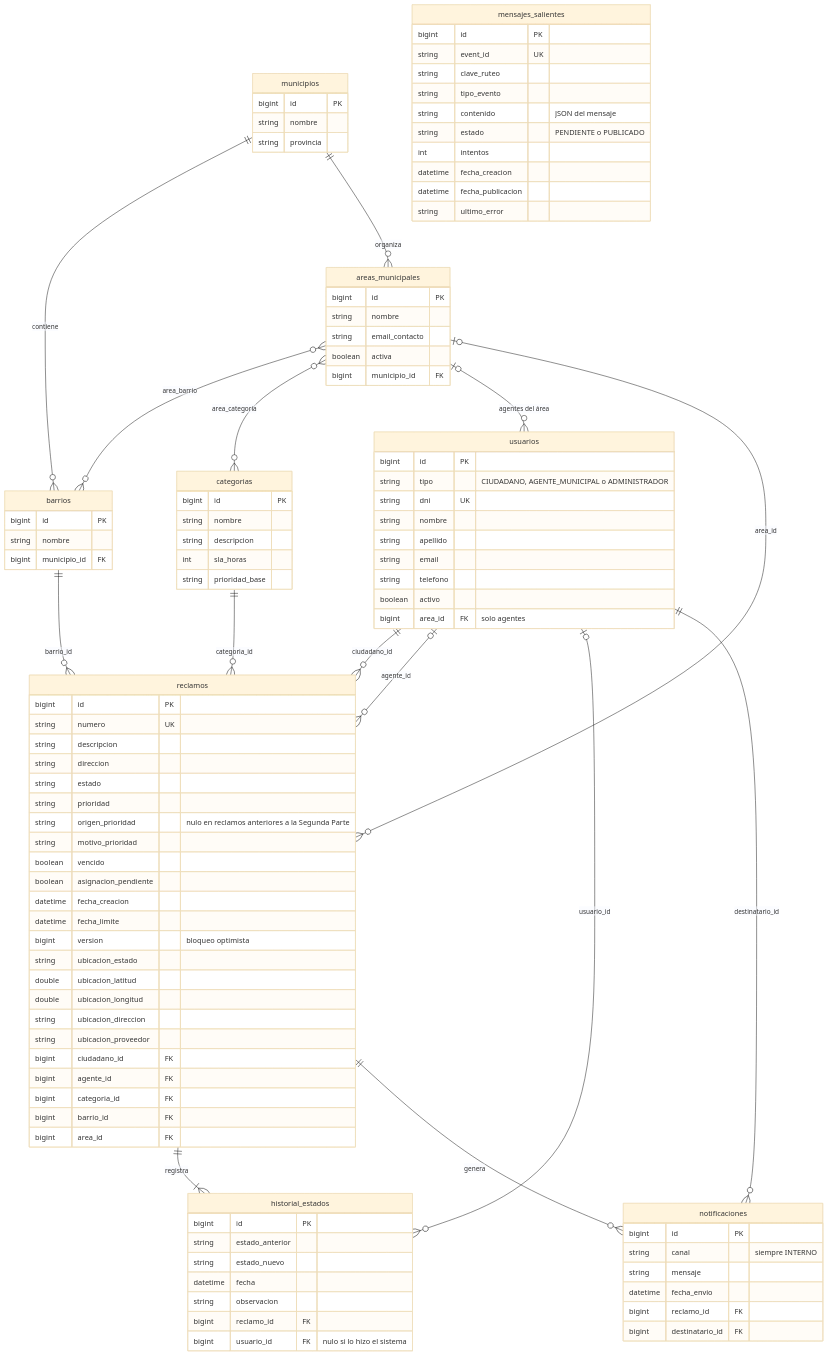
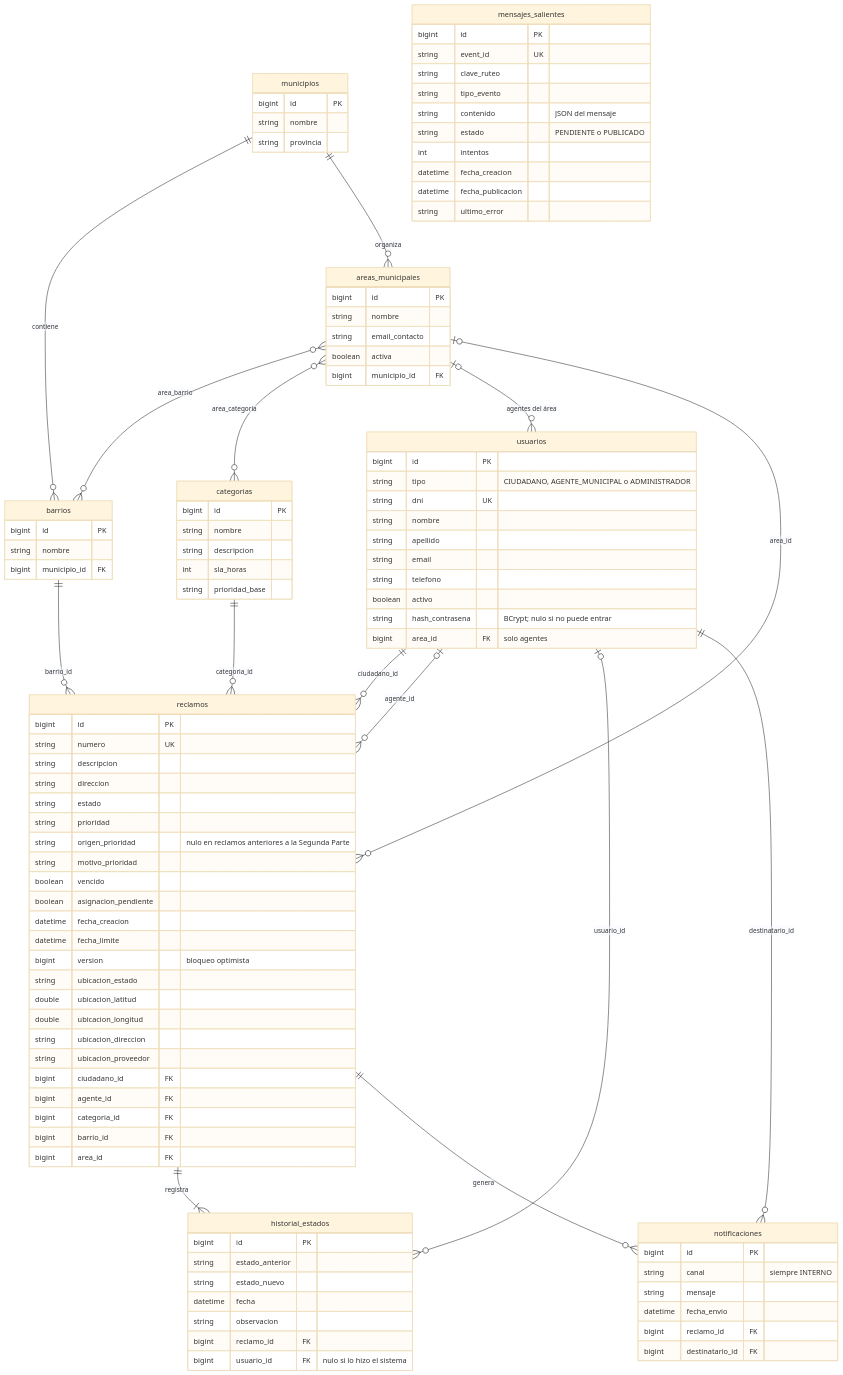
The second of 2 diagrams in docs/modelo-dominio.md (SanTegli/DesarrolloAppsIIGrupo10), drawn with Mermaid (base theme) before and after one commit. The commit also changed other lines of this file and 69 other files, not shown here.

```diff
--- a/docs/modelo-dominio.md
+++ b/docs/modelo-dominio.md
@@ -204,6 +208,7 @@
     string email
     string telefono
     boolean activo
+    string hash_contrasena "BCrypt; nulo si no puede entrar"
     bigint area_id FK "solo agentes"
   }
   municipios {
```
